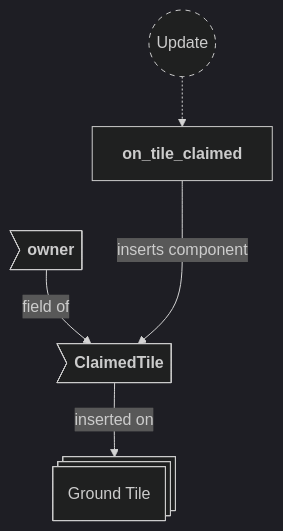
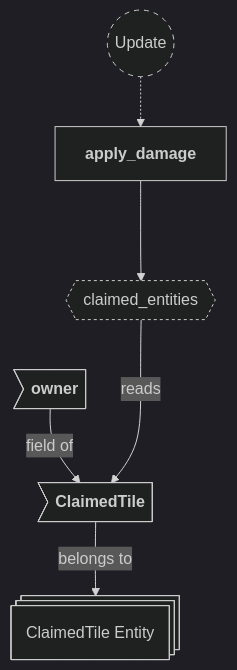
The fourth of 6 diagrams in backlog/docs/doc-8 - 007-Claim-plugin.md (neurosoup/tyled), drawn with Mermaid before and after one commit. The commit also changed other lines of this file and 11 other files, not shown here.

````diff
--- a/backlog/docs/doc-8 - 007-Claim-plugin.md
+++ b/backlog/docs/doc-8 - 007-Claim-plugin.md
@@ -126,24 +144,25 @@
 ```mermaid
 ---
 config:
   theme: dark
 ---
 
 flowchart TD
 classDef system-group stroke-dasharray: 5 5
+classDef query stroke-dasharray: 3 3
 
 update(("`Update`")):::system-group
-on_tile_claimed["`**on_tile_claimed**`"]
+apply_damage["`**apply_damage**`"]
 
-update -.-> on_tile_claimed
+update -.-> apply_damage
 
-ground_tile_entity@{ shape: st-rect, label: "Ground Tile" }
+claimed_entities_query{{"`claimed_entities`"}}:::query
+apply_damage ---> claimed_entities_query
 
-claimed_tile>"`**ClaimedTile**`"]
-ct_owner>"`**owner**`"]
+claimed_tile_entity@{ shape: st-rect, label: "ClaimedTile Entity" }
 
-ct_owner --> |field of| claimed_tile
-claimed_tile --> |inserted on| ground_tile_entity
+ct_claimed>"`**ClaimedTile**`"] --> |belongs to| claimed_tile_entity
+ct_owner>"`**owner**`"] --> |field of| ct_claimed
 
-on_tile_claimed ---> |inserts component| claimed_tile
+claimed_entities_query ---> |reads| ct_claimed
 ```
````
